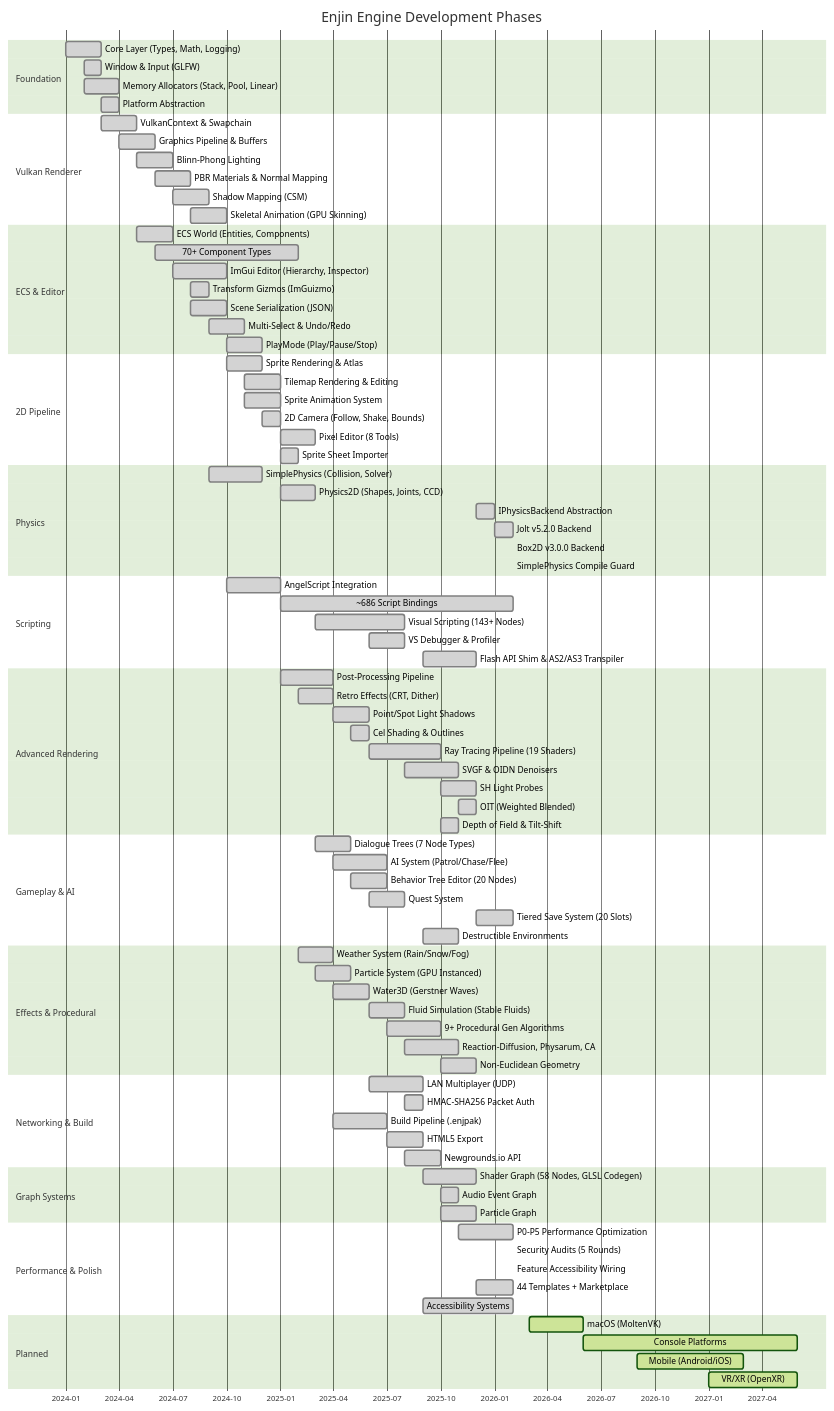
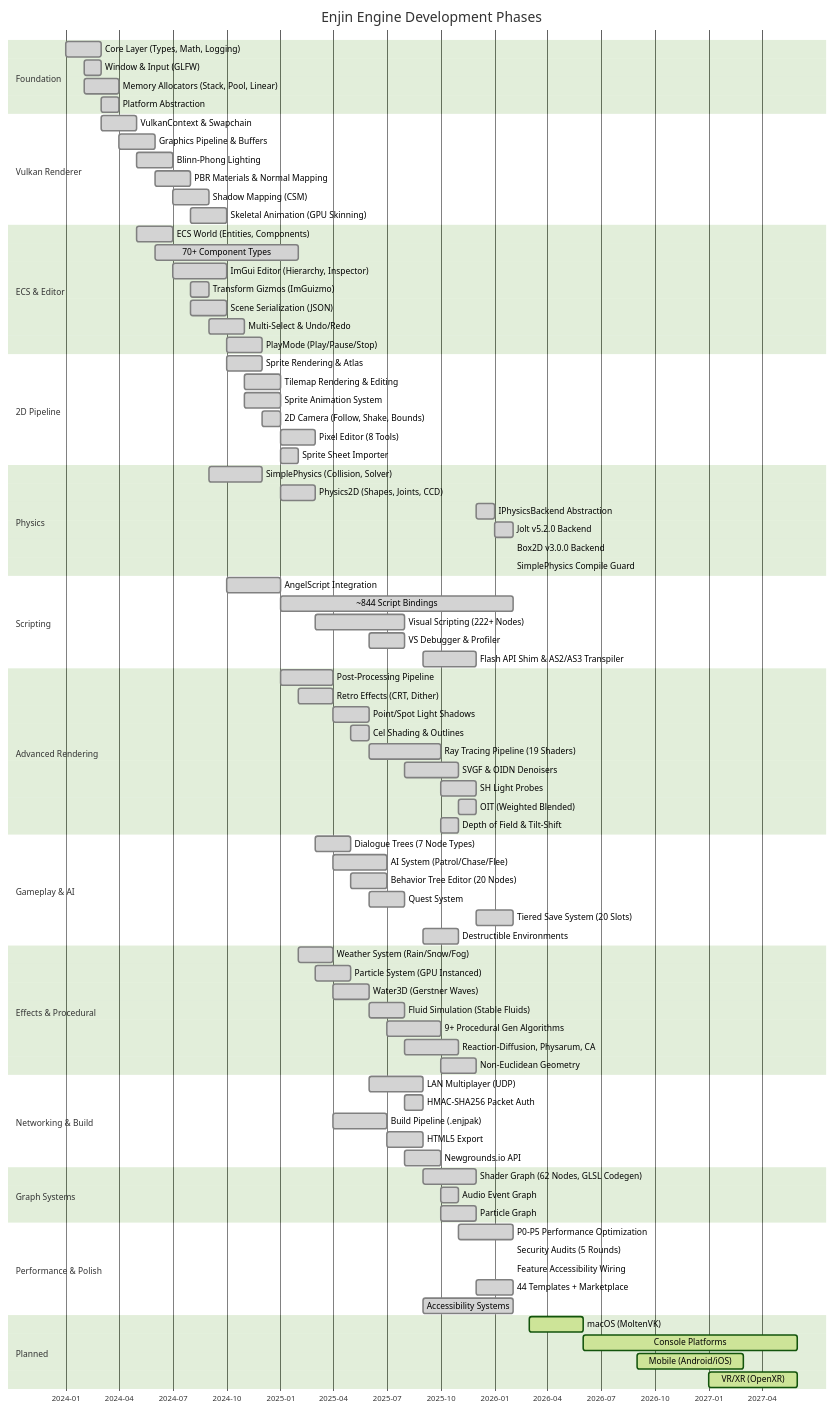
Before and after one commit to MartyChouette/TEGE: the second of 5 diagrams in docs/ENGINE_ANALYSIS.md, drawn with Mermaid (forest theme). The commit also changed other lines of this file and 1 other file, not shown here.

```diff
--- a/docs/ENGINE_ANALYSIS.md
+++ b/docs/ENGINE_ANALYSIS.md
@@ -464,8 +464,8 @@
 
     section Scripting
     AngelScript Integration                     :done, sc1, 2024-10, 2025-01
-    ~686 Script Bindings                        :done, sc2, 2025-01, 2026-02
-    Visual Scripting (143+ Nodes)               :done, sc3, 2025-03, 2025-08
+    ~844 Script Bindings                        :done, sc2, 2025-01, 2026-02
+    Visual Scripting (222+ Nodes)               :done, sc3, 2025-03, 2025-08
     VS Debugger & Profiler                      :done, sc4, 2025-06, 2025-08
     Flash API Shim & AS2/AS3 Transpiler         :done, sc5, 2025-09, 2025-12
 
@@ -505,7 +505,7 @@
     Newgrounds.io API                           :done, n5, 2025-08, 2025-10
 
     section Graph Systems
-    Shader Graph (58 Nodes, GLSL Codegen)       :done, gs1, 2025-09, 2025-12
+    Shader Graph (62 Nodes, GLSL Codegen)       :done, gs1, 2025-09, 2025-12
     Audio Event Graph                           :done, gs2, 2025-10, 2025-11
     Particle Graph                              :done, gs3, 2025-10, 2025-12
 
```
